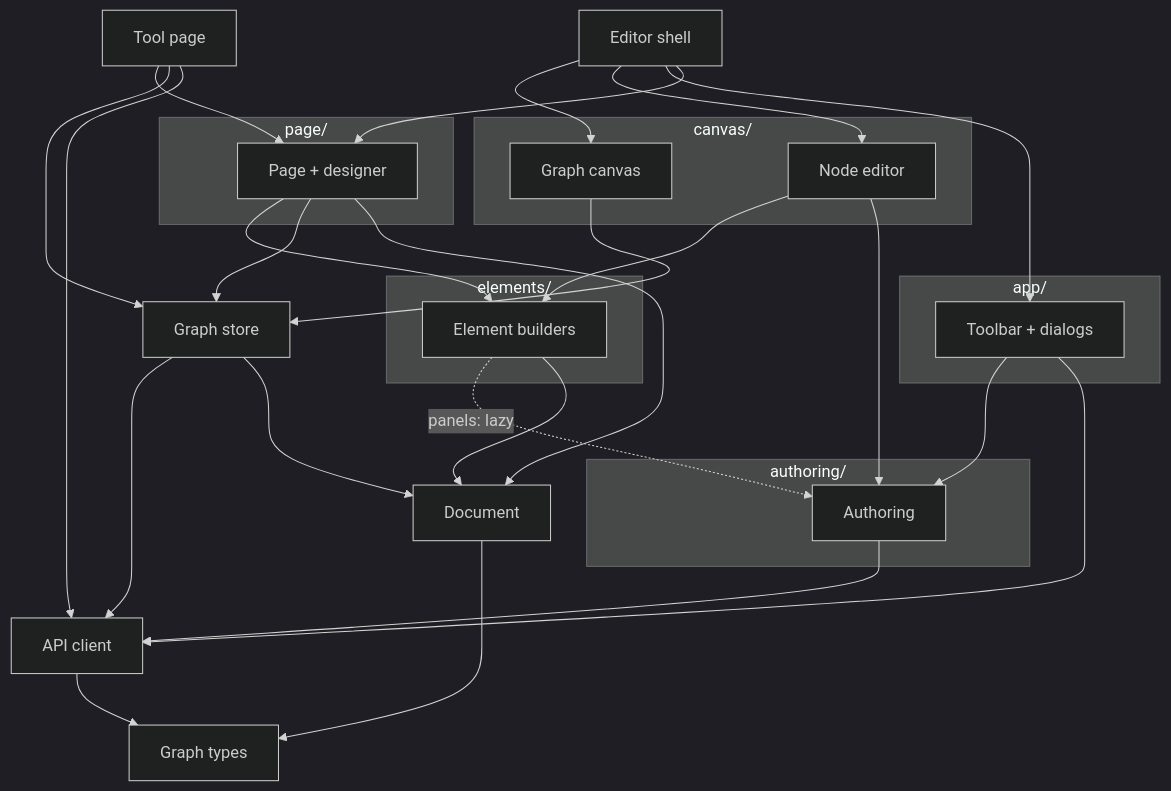
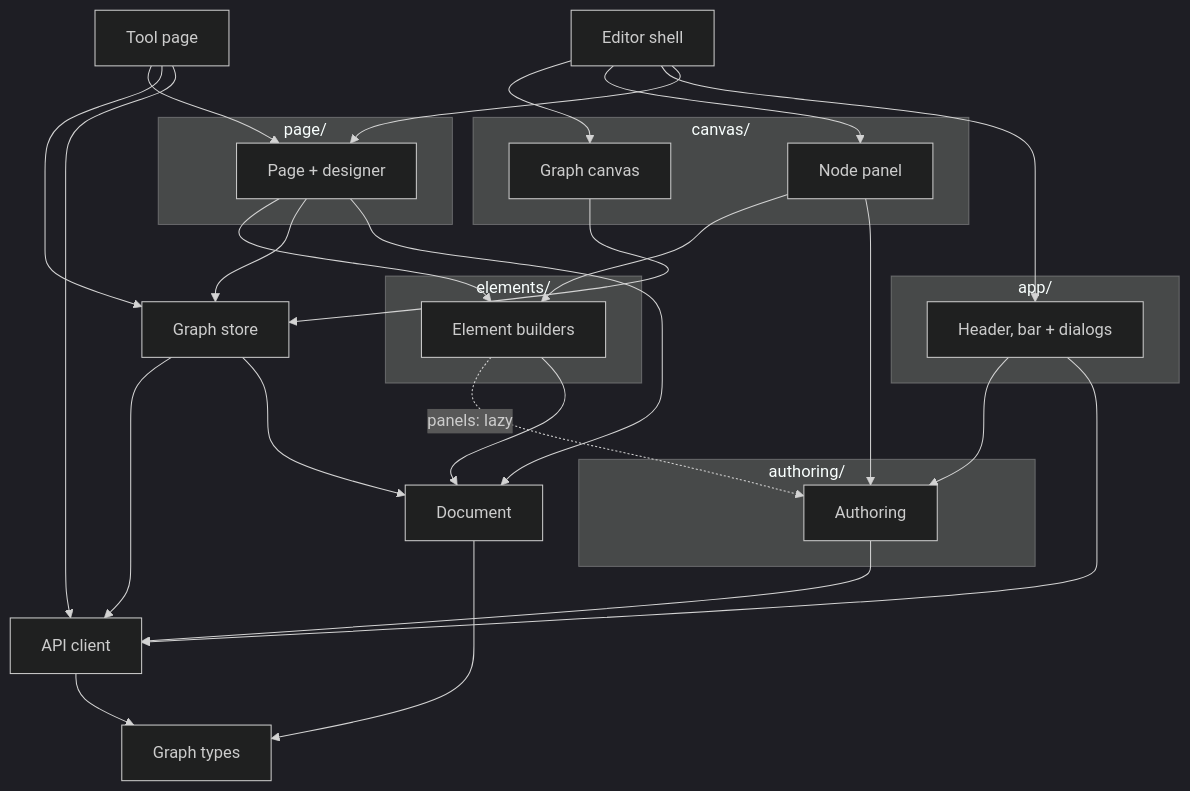
The eighth of 8 diagrams in arch/overview.md (Archimedes79/AI_Graph), drawn with Mermaid (dark theme) before and after one commit. The commit also changed other lines of this file and 2 other files, not shown here.

First line of the commit message:
docs: the surface -- cards, a node's panel beside the canvas, the bar, the header

````diff
--- a/arch/overview.md
+++ b/arch/overview.md
@@ -451,50 +451,50 @@
 ```mermaid
 flowchart TD
   App["Editor shell"]
   Runtime["Tool page"]
 
   subgraph app["app/"]
-    Toolbar["Toolbar + dialogs"]
+    Toolbar["Header, bar + dialogs"]
   end
   subgraph canvas["canvas/"]
     Canvas["Graph canvas"]
-    NodeEd["Node editor"]
+    NodeEd["Node panel"]
   end
   subgraph page["page/"]
     Page["Page + designer"]
   end
   subgraph elements["elements/"]
     Registry["Element builders"]
   end
   subgraph authoring["authoring/"]
     Authoring["Authoring"]
   end
 
   Store["Graph store"]
   Document["Document"]
   Client["API client"]
   Graph["Graph types"]
 
   App --> Canvas
   App --> NodeEd
   App --> Toolbar
   App --> Page
   Runtime --> Page
   Runtime --> Store
   Runtime --> Client
   Canvas --> Store
   NodeEd --> Registry
   NodeEd --> Authoring
   Toolbar --> Authoring
   Toolbar --> Client
   Page --> Registry
   Page --> Store
   Page --> Document
   Registry -. "panels: lazy" .-> Authoring
   Authoring --> Client
   Store --> Client
   Store --> Document
   Registry --> Document
   Document --> Graph
   Client --> Graph
 ```
````
